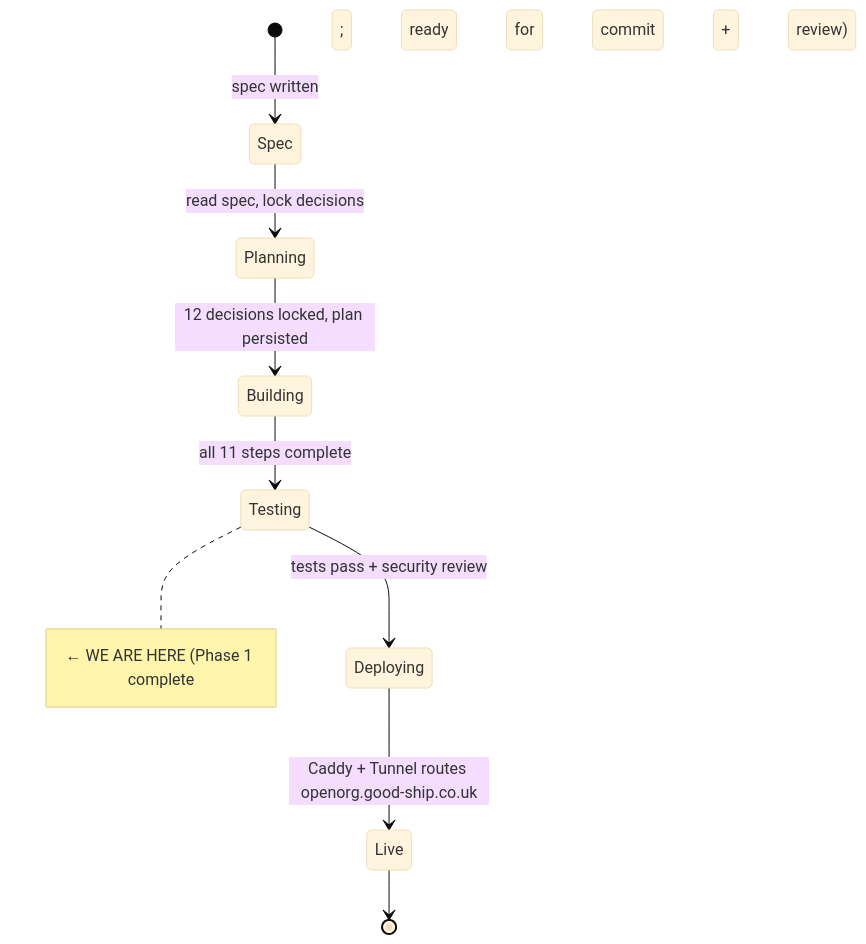
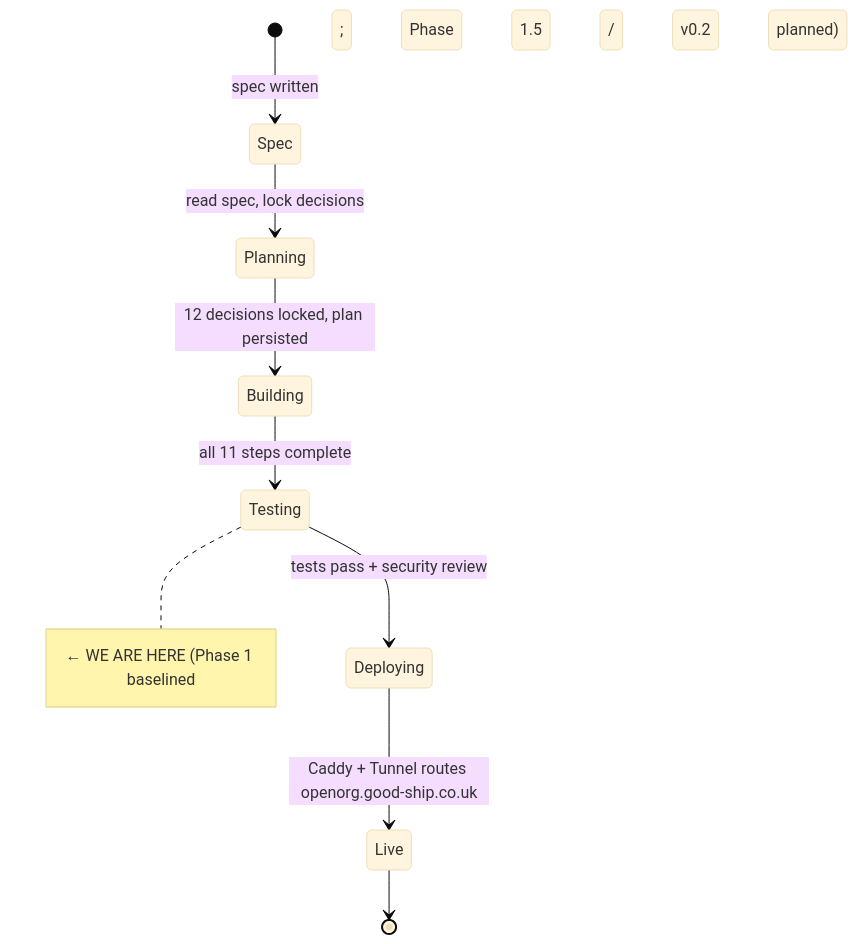
Before and after one commit to dataforaction-tom/llmstxt-social: the first of 2 diagrams in STATE.md, drawn with Mermaid (base theme). The commit also changed other lines of this file and 2 other files, not shown here.

First paragraph of the commit message:
docs(open-org): baseline v0.1 + Phase 1.5 plan for schema v0.2
Saves the 2026-05-11 real-world harness run against 10 UK charities as
tests/reports/baseline_v0.1.md. All 10 generated technically, but several
missed obvious themes — driving a Phase 1.5 / v0.2 iteration.

````diff
--- a/STATE.md
+++ b/STATE.md
@@ -8,12 +8,12 @@
 ```mermaid
 stateDiagram-v2
     [*] --> Spec: spec written
     Spec --> Planning: read spec, lock decisions
     Planning --> Building: 12 decisions locked, plan persisted
     Building --> Testing: all 11 steps complete
     Testing --> Deploying: tests pass + security review
     Deploying --> Live: Caddy + Tunnel routes openorg.good-ship.co.uk
     Live --> [*]
 
-    note right of Testing: ← WE ARE HERE (Phase 1 complete; ready for commit + review)
+    note right of Testing: ← WE ARE HERE (Phase 1 baselined; Phase 1.5 / v0.2 planned)
 ```
````
